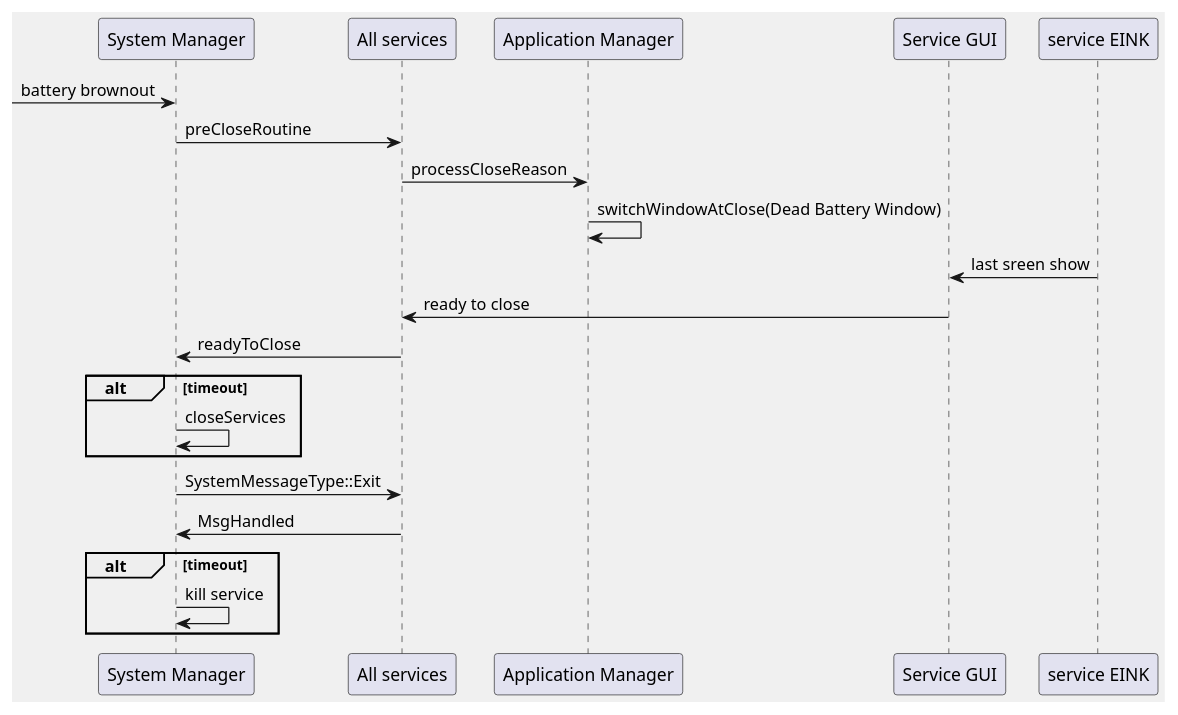
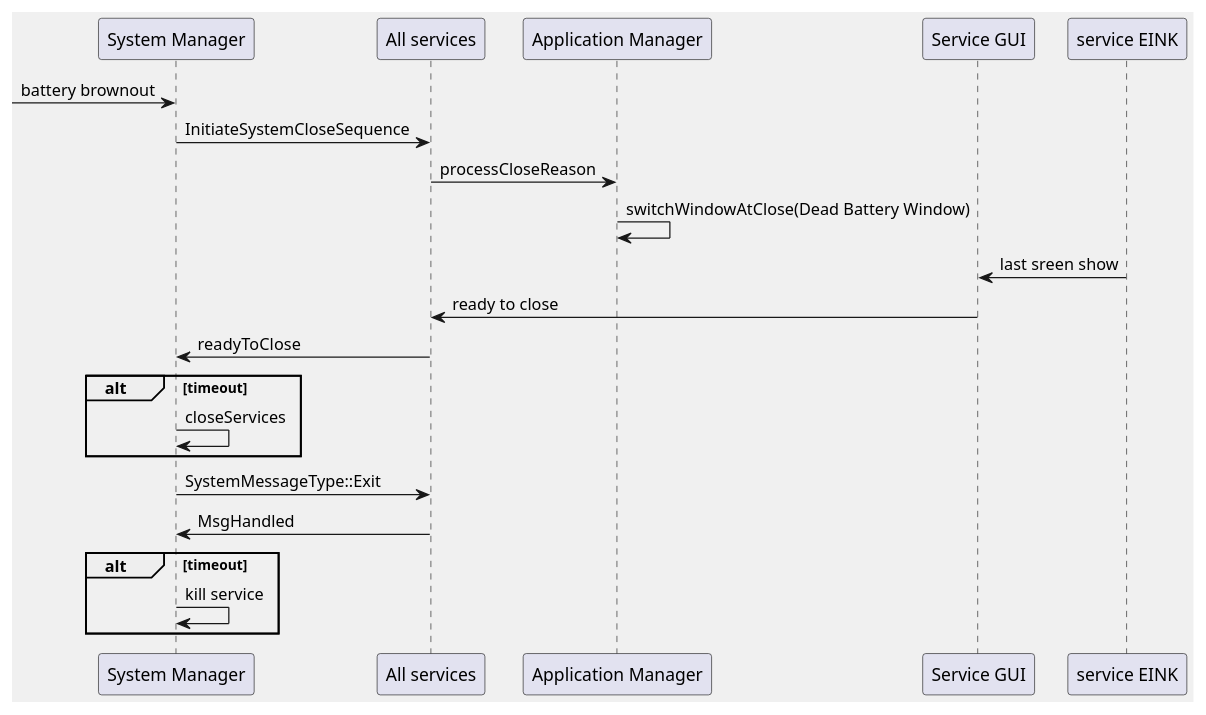
One commit to mudita/MuditaOS changed the diagram in module-sys/SystemManager/doc/system_close_procedure_brownout.puml. Above: the diagram before and after it, drawn with PlantUML. The commit also changed 38 other files, not shown here.

```diff
--- a/module-sys/SystemManager/doc/system_close_procedure_brownout.puml
+++ b/module-sys/SystemManager/doc/system_close_procedure_brownout.puml
@@ -1,28 +1,28 @@
 @startuml
 skinparam BackgroundColor F0F0F0
 
 participant "System Manager" as sysmgr
 participant "All services" as srv
 participant "Application Manager" as appmgr
 participant "Service GUI" as gui
 participant "service EINK" as eink
 
 -> sysmgr : battery brownout
-sysmgr -> srv : preCloseRoutine
+sysmgr -> srv : InitiateSystemCloseSequence
 
 srv -> appmgr : processCloseReason
 appmgr -> appmgr : switchWindowAtClose(Dead Battery Window)
 eink -> gui : last sreen show
 gui -> srv : ready to close
 
 srv -> sysmgr : readyToClose
 alt timeout
 sysmgr -> sysmgr : closeServices
 end
 sysmgr -> srv : SystemMessageType::Exit
 srv -> sysmgr : MsgHandled
 alt timeout
 sysmgr -> sysmgr : kill service
 end
 
 @enduml
```
